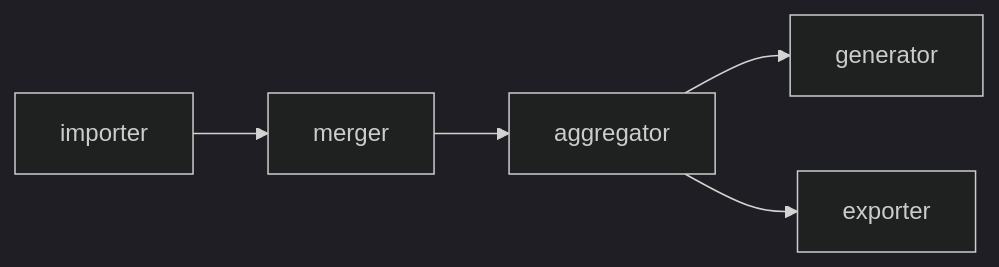
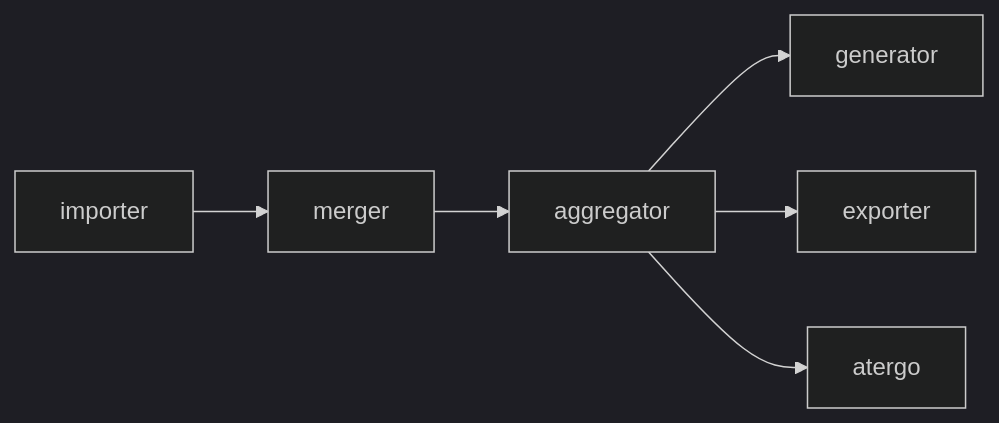
Before and after one commit to mapto/UchitelnoEvangelie: the first of 3 diagrams in integrator/README.md, drawn with Mermaid (dark theme). The commit also changed other lines of this file and 9 other files, not shown here.

````diff
--- a/integrator/README.md
+++ b/integrator/README.md
@@ -5,4 +5,4 @@
 ```mermaid
 graph LR
-  importer --> merger --> aggregator --> generator & exporter
+  importer --> merger --> aggregator --> generator & exporter & atergo
 ```
````
